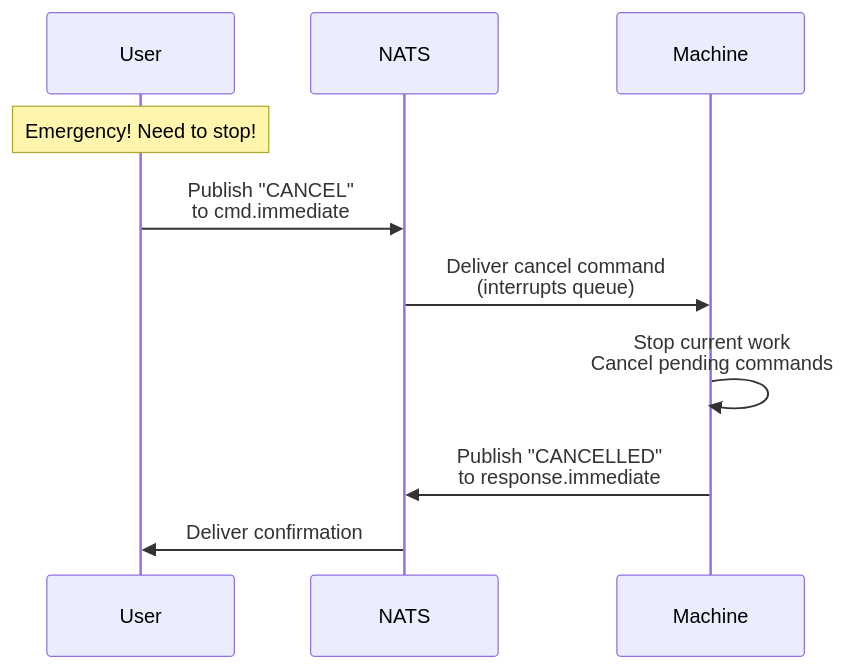
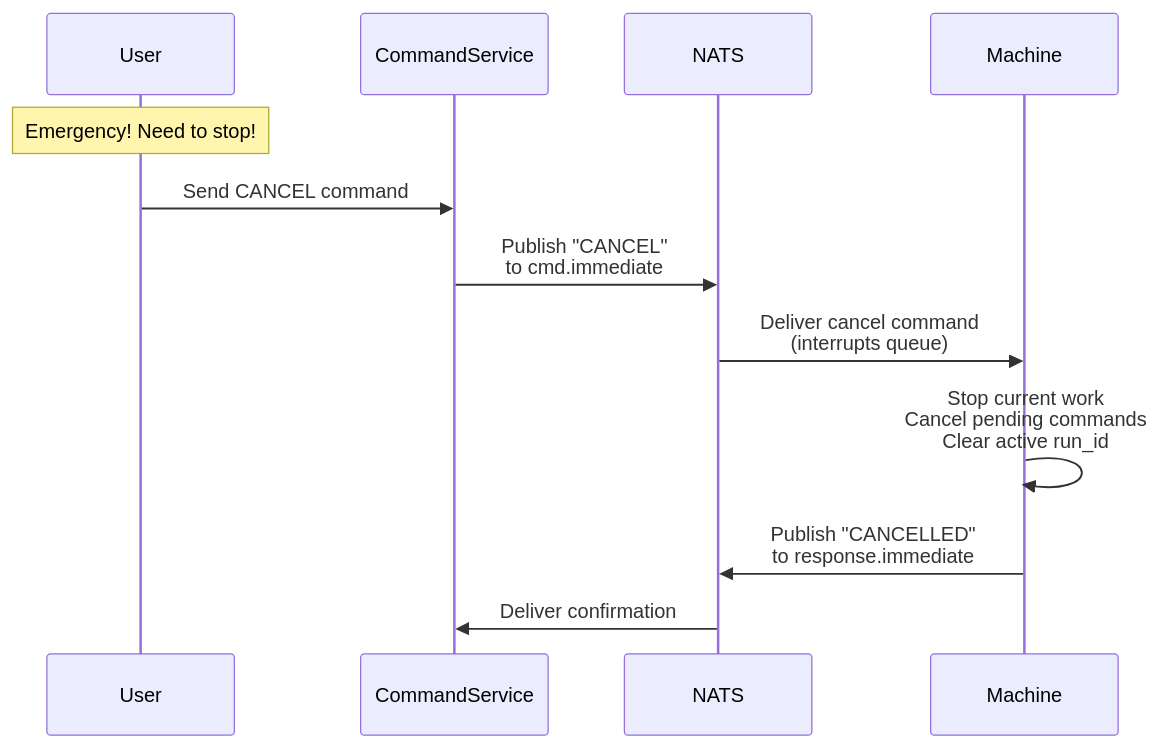
One commit to PUDAP/puda changed diagram 13 of 13 in docs/nats_architecture_diagram.md. Above: the diagram before and after it, drawn with Mermaid. The commit also changed other lines of this file and 4 other files, not shown here.

Commit message:
docs: update nats architecture

````diff
--- a/docs/nats_architecture_diagram.md
+++ b/docs/nats_architecture_diagram.md
@@ -595,13 +745,15 @@
 ```mermaid
 sequenceDiagram
     participant User as User
+    participant CS as CommandService
     participant NATS as NATS
     participant Machine as Machine
     
     Note over User: Emergency! Need to stop!
-    User->>NATS: Publish "CANCEL"<br/>to cmd.immediate
+    User->>CS: Send CANCEL command
+    CS->>NATS: Publish "CANCEL"<br/>to cmd.immediate
     NATS->>Machine: Deliver cancel command<br/>(interrupts queue)
-    Machine->>Machine: Stop current work<br/>Cancel pending commands
+    Machine->>Machine: Stop current work<br/>Cancel pending commands<br/>Clear active run_id
     Machine->>NATS: Publish "CANCELLED"<br/>to response.immediate
-    NATS->>User: Deliver confirmation
+    NATS->>CS: Deliver confirmation
 ```
````
